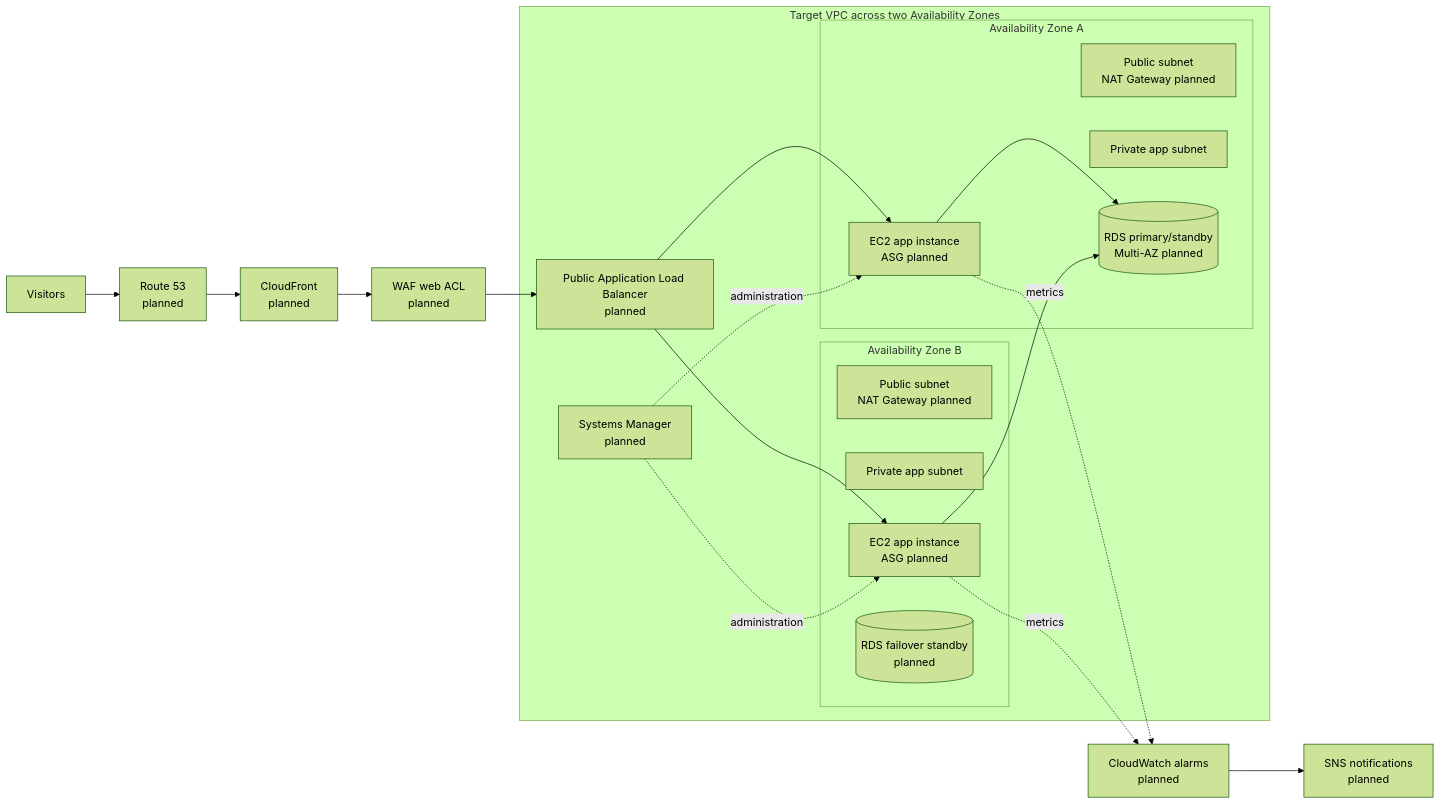
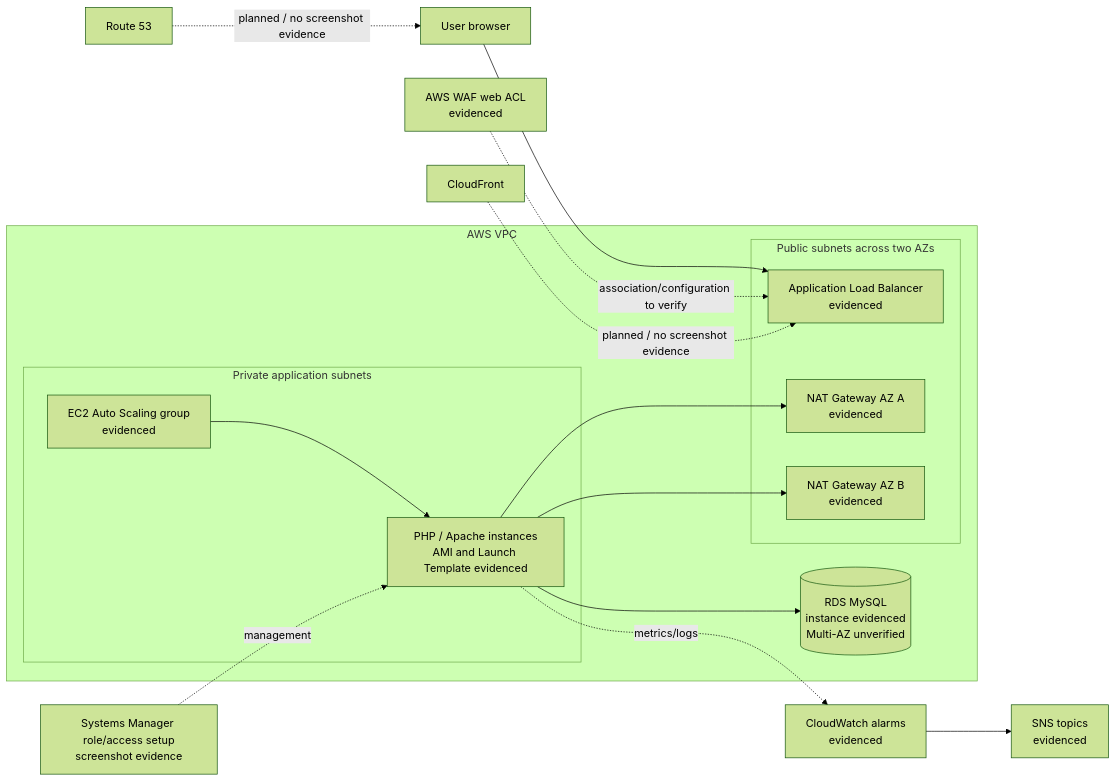
Before and after one commit to Aasa89048/Scalable-Web-Application-with-ALB-and-Auto-Scaling: the diagram in README.md, drawn with Mermaid (forest theme). The commit also changed other lines of this file, not shown here.

Commit message:
Document screenshot-backed AWS implementation

````diff
--- a/README.md
+++ b/README.md
@@ -18,30 +20,26 @@
 ```mermaid
 flowchart LR
-  U[Visitors] --> R53[Route 53<br/>planned]
-  R53 --> CF[CloudFront<br/>planned]
-  CF --> WAF[WAF web ACL<br/>planned]
-  WAF --> ALB[Public Application Load Balancer<br/>planned]
-  subgraph VPC[Target VPC across two Availability Zones]
-    subgraph AZA[Availability Zone A]
-      PUB1[Public subnet<br/>NAT Gateway planned]
-      PRIV1[Private app subnet]
-      EC2A[EC2 app instance<br/>ASG planned]
-      DB1[(RDS primary/standby<br/>Multi-AZ planned)]
+  User[User browser] --> ALB[Application Load Balancer<br/>evidenced]
+  subgraph VPC[AWS VPC]
+    subgraph Public[Public subnets across two AZs]
+      ALB
+      NAT1[NAT Gateway AZ A<br/>evidenced]
+      NAT2[NAT Gateway AZ B<br/>evidenced]
     end
-    subgraph AZB[Availability Zone B]
-      PUB2[Public subnet<br/>NAT Gateway planned]
-      PRIV2[Private app subnet]
-      EC2B[EC2 app instance<br/>ASG planned]
-      DB2[(RDS failover standby<br/>planned)]
+    subgraph Private[Private application subnets]
+      ASG[EC2 Auto Scaling group<br/>evidenced]
+      AppA[PHP / Apache instances<br/>AMI and Launch Template evidenced]
     end
-    ALB --> EC2A
-    ALB --> EC2B
-    EC2A --> DB1
-    EC2B --> DB1
-    SSM[Systems Manager<br/>planned] -. administration .-> EC2A
-    SSM -. administration .-> EC2B
+    RDS[(RDS MySQL<br/>instance evidenced<br/>Multi-AZ unverified)]
+    ASG --> AppA
+    AppA --> RDS
+    AppA --> NAT1
+    AppA --> NAT2
   end
-  CW[CloudWatch alarms<br/>planned] --> SNS[SNS notifications<br/>planned]
-  EC2A -. metrics .-> CW
-  EC2B -. metrics .-> CW
+  WAF[AWS WAF web ACL<br/>evidenced] -. association/configuration to verify .-> ALB
+  SSM[Systems Manager role/access setup<br/>screenshot evidence] -. management .-> AppA
+  CW[CloudWatch alarms<br/>evidenced] --> SNS[SNS topics<br/>evidenced]
+  AppA -. metrics/logs .-> CW
+  DNS[Route 53] -. planned / no screenshot evidence .-> User
+  CF[CloudFront] -. planned / no screenshot evidence .-> ALB
 ```
````
